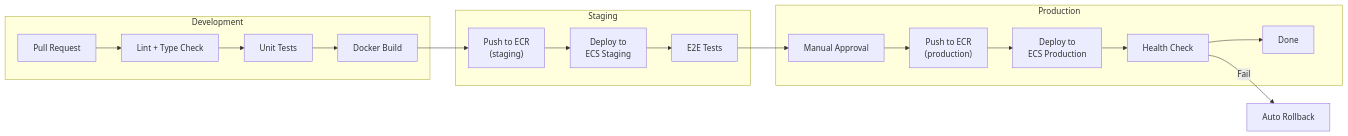
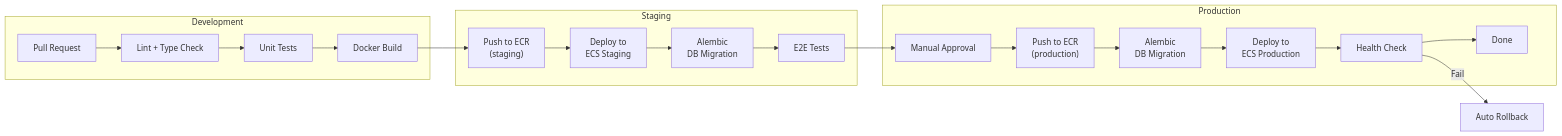
One commit to Pinksea-AI/InvokeAI changed the fifth of 8 diagrams in docs/saas-analysis/06_AWS_DEPLOYMENT_GUIDE.md. Above: the diagram before and after it, drawn with Mermaid. The commit also changed other lines of this file, not shown here.

````diff
--- a/docs/saas-analysis/06_AWS_DEPLOYMENT_GUIDE.md
+++ b/docs/saas-analysis/06_AWS_DEPLOYMENT_GUIDE.md
@@ -742,24 +827,26 @@
 ```mermaid
 flowchart LR
     subgraph "Development"
         PR["Pull Request"] --> LINT["Lint + Type Check"]
         LINT --> TEST["Unit Tests"]
         TEST --> BUILD["Docker Build"]
     end
 
     subgraph "Staging"
         BUILD --> ECR_S["Push to ECR<br/>(staging)"]
         ECR_S --> DEPLOY_S["Deploy to<br/>ECS Staging"]
-        DEPLOY_S --> E2E["E2E Tests"]
+        DEPLOY_S --> MIGRATE["Alembic<br/>DB Migration"]
+        MIGRATE --> E2E["E2E Tests"]
     end
 
     subgraph "Production"
         E2E --> APPROVE["Manual Approval"]
         APPROVE --> ECR_P["Push to ECR<br/>(production)"]
-        ECR_P --> DEPLOY_P["Deploy to<br/>ECS Production"]
+        ECR_P --> MIGRATE_P["Alembic<br/>DB Migration"]
+        MIGRATE_P --> DEPLOY_P["Deploy to<br/>ECS Production"]
         DEPLOY_P --> HEALTH["Health Check"]
         HEALTH --> DONE["Done"]
     end
 
     HEALTH -->|"Fail"| ROLLBACK["Auto Rollback"]
 ```
````
